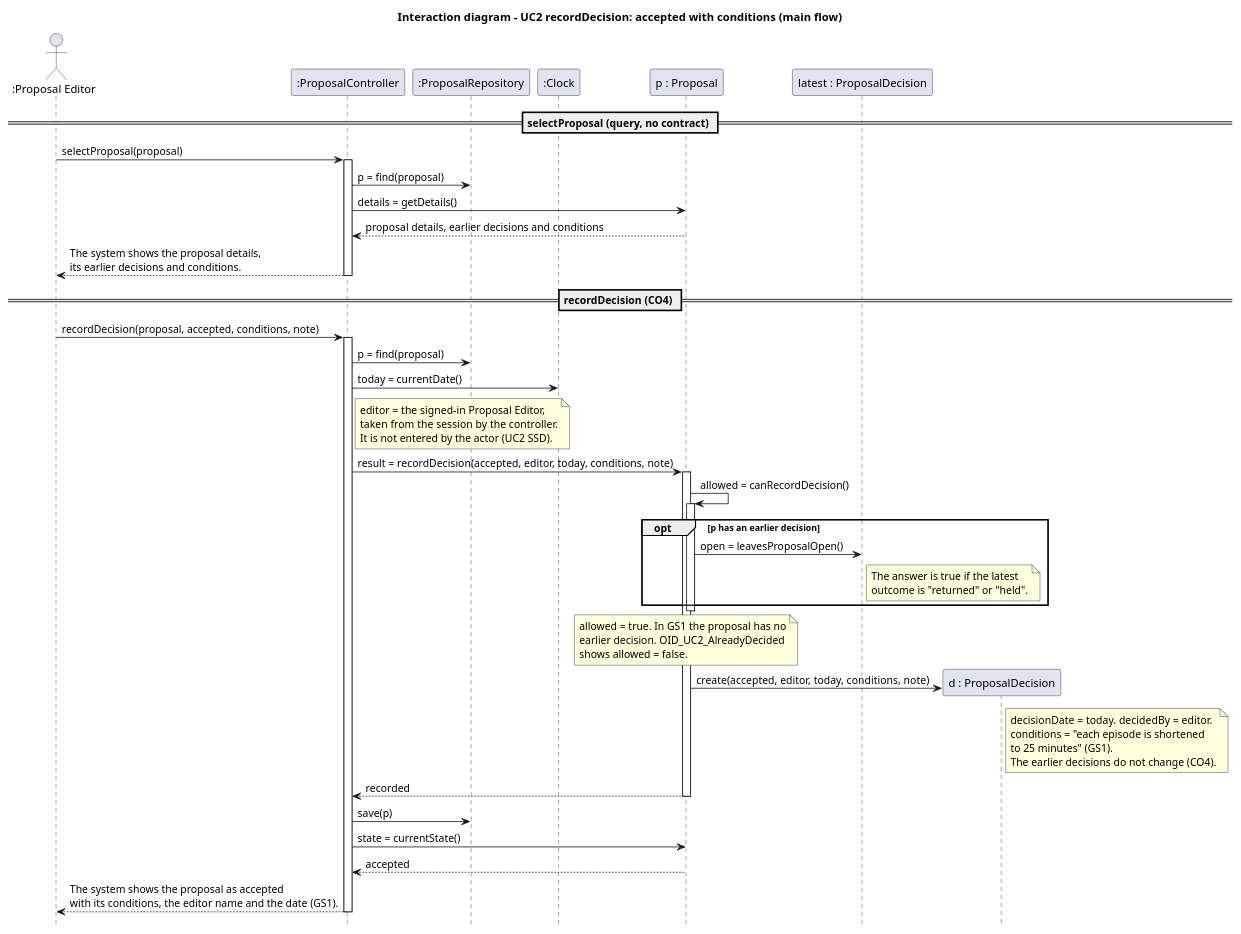
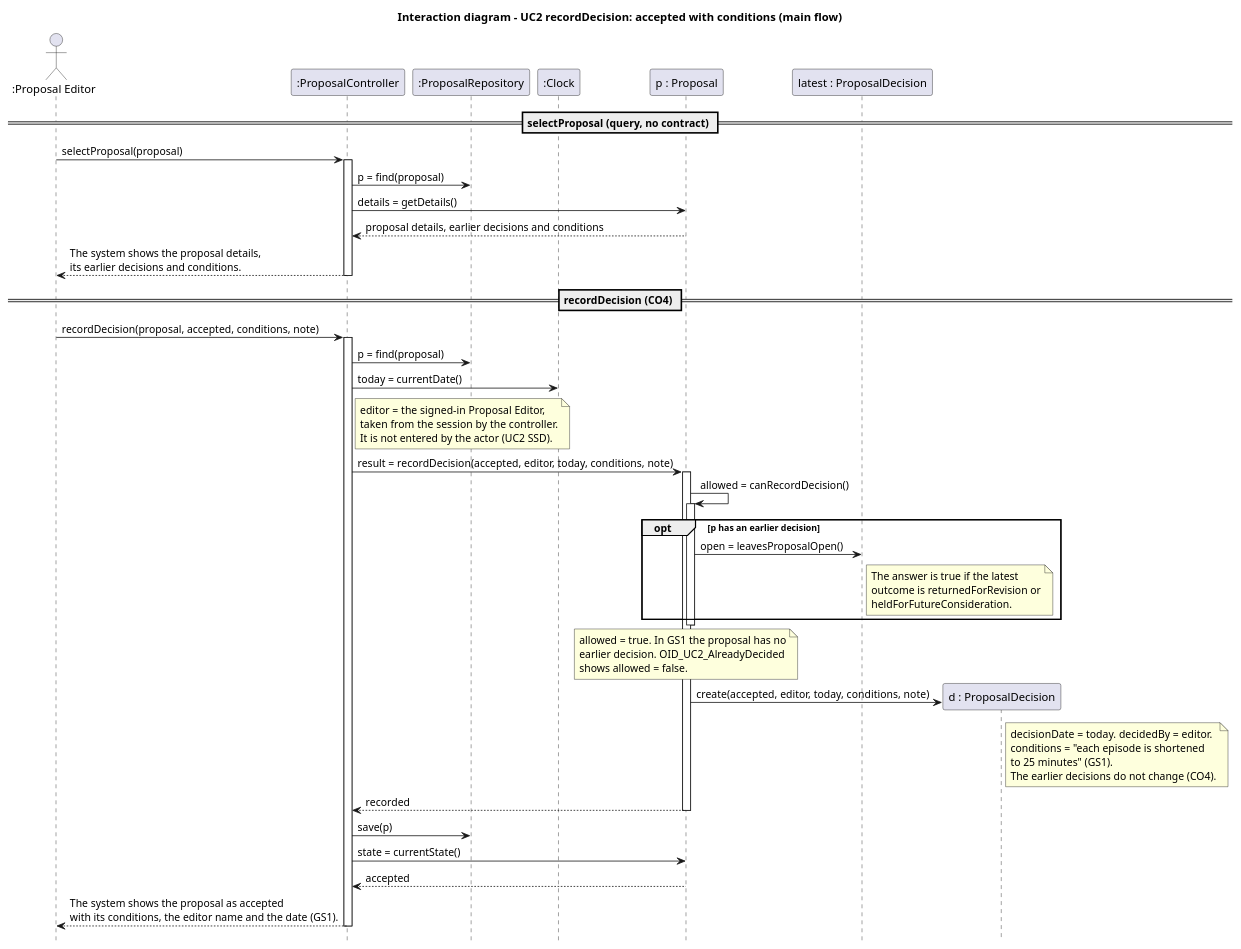
One commit to Rani-Wheeza/Local-Podcast-Production-Service changed the diagram in CA 2/Diagrams/Object_Interaction_Diagrams/OID_UC2_Accepted.puml. Above: the diagram before and after it, drawn with PlantUML. The commit also changed 5 other files, not shown here.

```diff
--- a/CA 2/Diagrams/Object_Interaction_Diagrams/OID_UC2_Accepted.puml
+++ b/CA 2/Diagrams/Object_Interaction_Diagrams/OID_UC2_Accepted.puml
@@ -1,61 +1,61 @@
 @startuml OID_UC2_Accepted
 title Interaction diagram - UC2 recordDecision: accepted with conditions (main flow)
 hide footbox
 
 ' Section A, UC2 main flow (Rani). This diagram agrees with CO4, the Section A CRC cards (#28),
 ' GRASP (#32), the UC2 SSD (#21) and the alternative-flow diagrams (#37).
 ' Scenario: GS1 Proposal accepted with a condition
 actor ":Proposal Editor" as PE
 participant ":ProposalController" as PCtl
 participant ":ProposalRepository" as Repo
 participant ":Clock" as Clk
 participant "p : Proposal" as P
 participant "latest : ProposalDecision" as L
 participant "d : ProposalDecision" as D
 
 == selectProposal (query, no contract) ==
 
 PE -> PCtl : selectProposal(proposal)
 activate PCtl
 PCtl -> Repo : p = find(proposal)
 PCtl -> P : details = getDetails()
 P --> PCtl : proposal details, earlier decisions and conditions
 PCtl --> PE : The system shows the proposal details,\nits earlier decisions and conditions.
 deactivate PCtl
 
 == recordDecision (CO4) ==
 
 PE -> PCtl : recordDecision(proposal, accepted, conditions, note)
 activate PCtl
 PCtl -> Repo : p = find(proposal)
 PCtl -> Clk : today = currentDate()
 note right of PCtl
   editor = the signed-in Proposal Editor,
   taken from the session by the controller.
   It is not entered by the actor (UC2 SSD).
 end note
 PCtl -> P : result = recordDecision(accepted, editor, today, conditions, note)
 activate P
 P -> P : allowed = canRecordDecision()
 activate P
 opt p has an earlier decision
   P -> L : open = leavesProposalOpen()
-  note right of L : The answer is true if the latest\noutcome is "returned" or "held".
+  note right of L : The answer is true if the latest\noutcome is returnedForRevision or\nheldForFutureConsideration.
 end
 deactivate P
 note over P : allowed = true. In GS1 the proposal has no\nearlier decision. OID_UC2_AlreadyDecided\nshows allowed = false.
 P -> D ** : create(accepted, editor, today, conditions, note)
 note right of D
   decisionDate = today. decidedBy = editor.
   conditions = "each episode is shortened
   to 25 minutes" (GS1).
   The earlier decisions do not change (CO4).
 end note
 P --> PCtl : recorded
 deactivate P
 PCtl -> Repo : save(p)
 PCtl -> P : state = currentState()
 P --> PCtl : accepted
 PCtl --> PE : The system shows the proposal as accepted\nwith its conditions, the editor name and the date (GS1).
 deactivate PCtl
 @enduml
```
